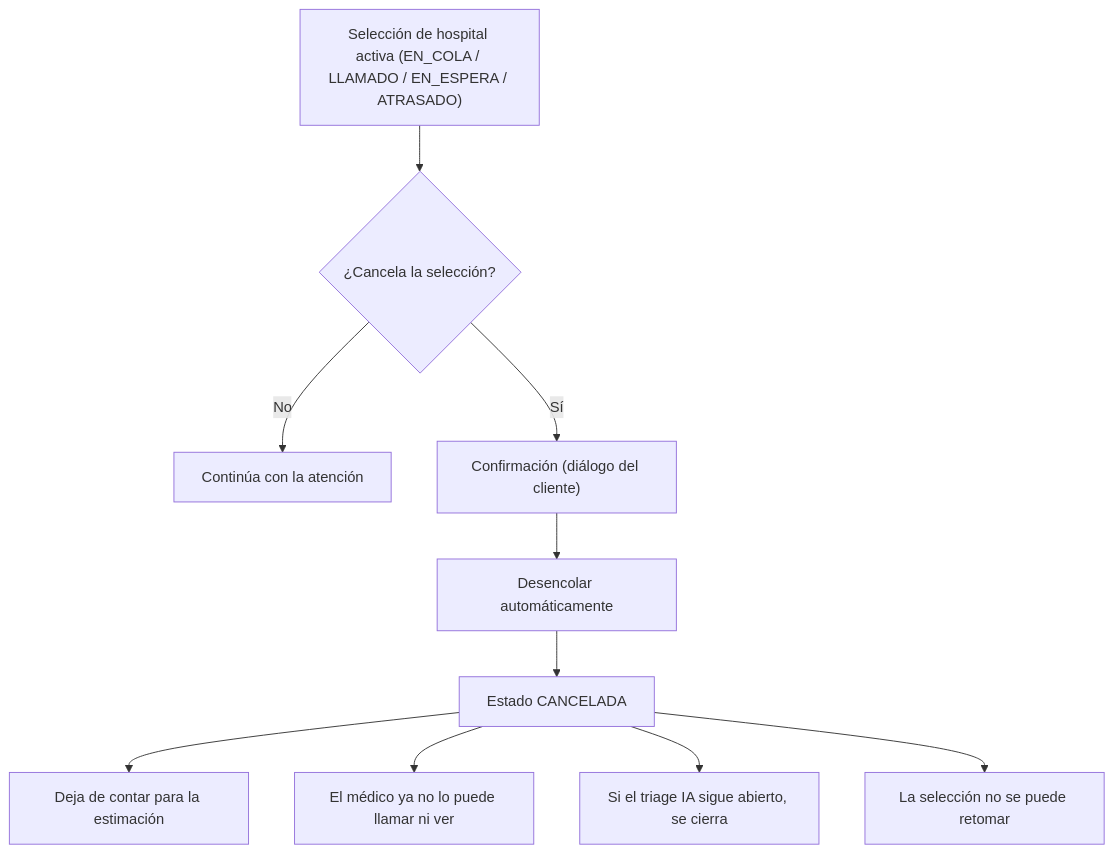
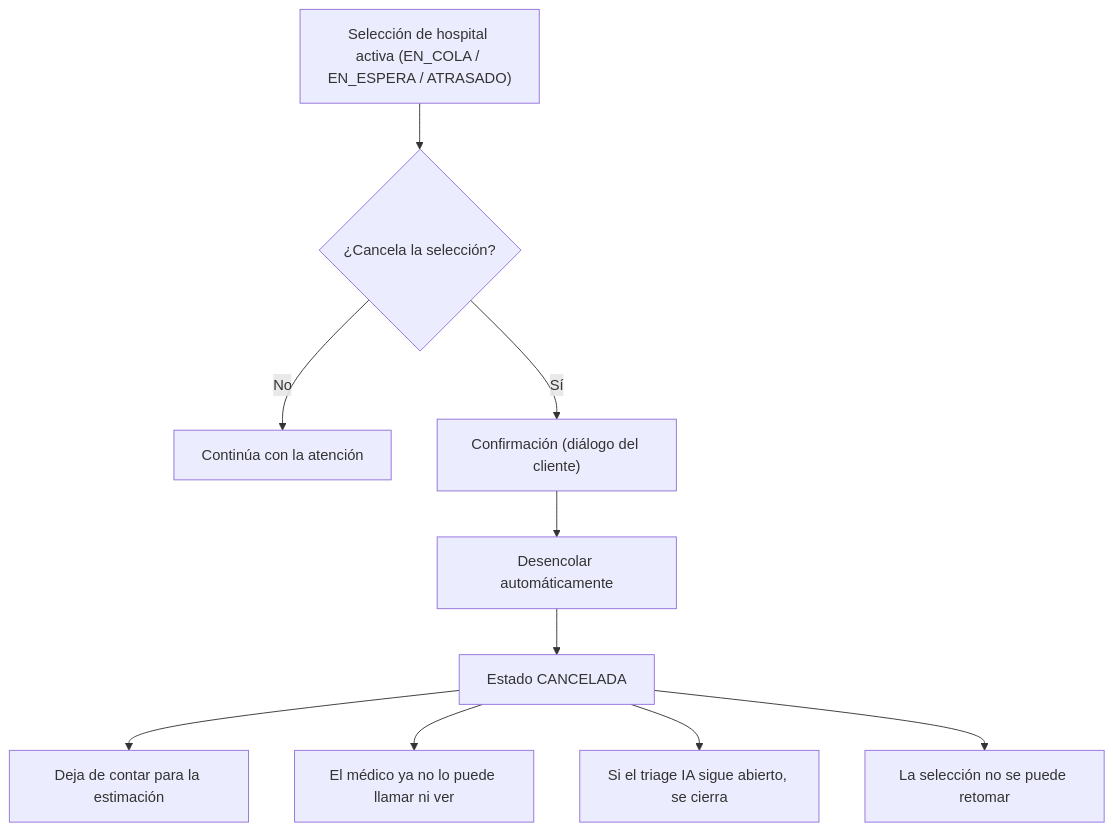
The third of 4 diagrams in docs/13-queue-flow.md (Pretriage/pretriage_backend), drawn with Mermaid before and after one commit. The commit also changed other lines of this file and 108 other files, not shown here.

````diff
--- a/docs/13-queue-flow.md
+++ b/docs/13-queue-flow.md
@@ -36,14 +36,14 @@
 ```mermaid
 flowchart TD
-    A["Selección de hospital activa (EN_COLA / LLAMADO / EN_ESPERA / ATRASADO)"] --> B{"¿Cancela la selección?"}
+    A["Selección de hospital activa (EN_COLA / EN_ESPERA / ATRASADO)"] --> B{"¿Cancela la selección?"}
 
     B -->|"No"| C["Continúa con la atención"]
     B -->|"Sí"| D["Confirmación (diálogo del cliente)"]
     D --> E["Desencolar automáticamente"]
     E --> F["Estado CANCELADA"]
 
     F --> G["Deja de contar para la estimación"]
     F --> H["El médico ya no lo puede llamar ni ver"]
     F --> I["Si el triage IA sigue abierto, se cierra"]
     F --> J["La selección no se puede retomar"]
 ```
````
